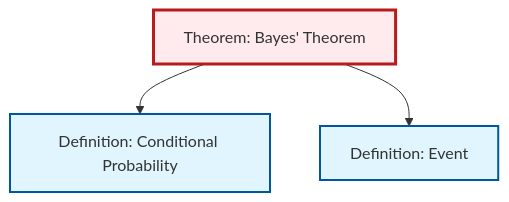
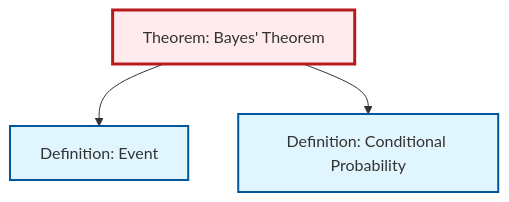
One commit to RK0429/ModernMath changed the diagram in content/en/probability-statistics/thm-bayes.qmd. Above: the diagram before and after it, drawn with Mermaid. The commit also changed other lines of this file and 634 other files, not shown here.

````diff
--- a/content/en/probability-statistics/thm-bayes.qmd
+++ b/content/en/probability-statistics/thm-bayes.qmd
@@ -88,17 +88,17 @@
 ```{mermaid}
 %%| fig-cap: "Local dependency graph"
 graph TD
     classDef definition fill:#e1f5fe,stroke:#01579b,stroke-width:2px
     classDef theorem fill:#f3e5f5,stroke:#4a148c,stroke-width:2px
     classDef axiom fill:#fff3e0,stroke:#e65100,stroke-width:2px
     classDef example fill:#e8f5e9,stroke:#1b5e20,stroke-width:2px
     classDef current fill:#ffebee,stroke:#b71c1c,stroke-width:3px
+    def-event["Definition: Event"]:::definition
     def-conditional-probability["Definition: Conditional Probability"]:::definition
-    def-event["Definition: Event"]:::definition
     thm-bayes["Theorem: Bayes' Theorem"]:::theorem
+    thm-bayes --> def-event
     thm-bayes --> def-conditional-probability
-    thm-bayes --> def-event
     class thm-bayes current
+    click def-event "def-event.html" "Go to Event definition"
     click def-conditional-probability "def-conditional-probability.html" "Go to Conditional Probability definition"
-    click def-event "def-event.html" "Go to Event definition"
 ```
````
